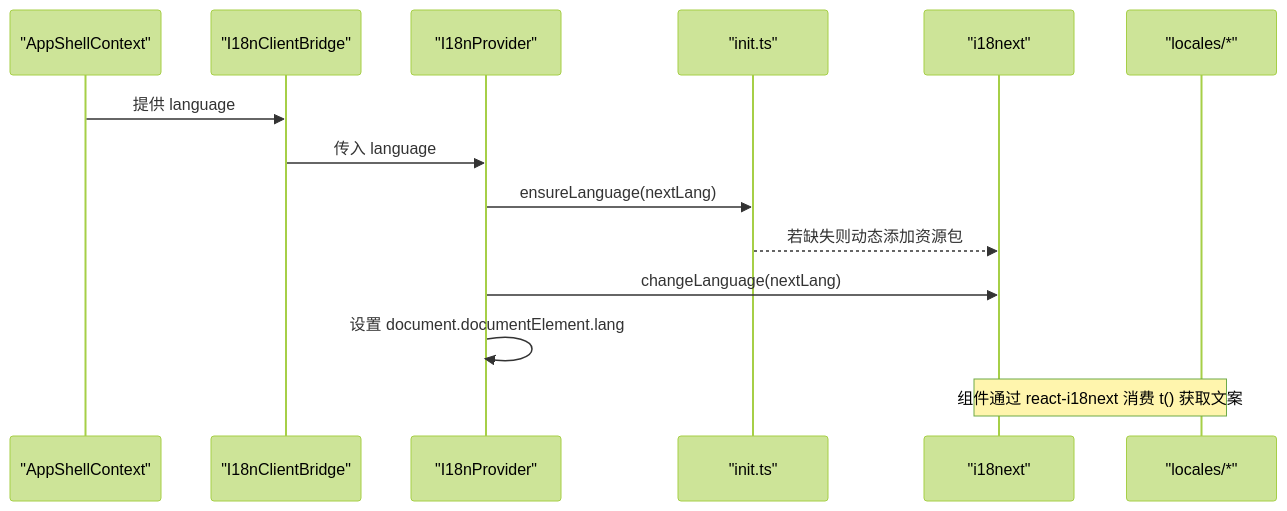
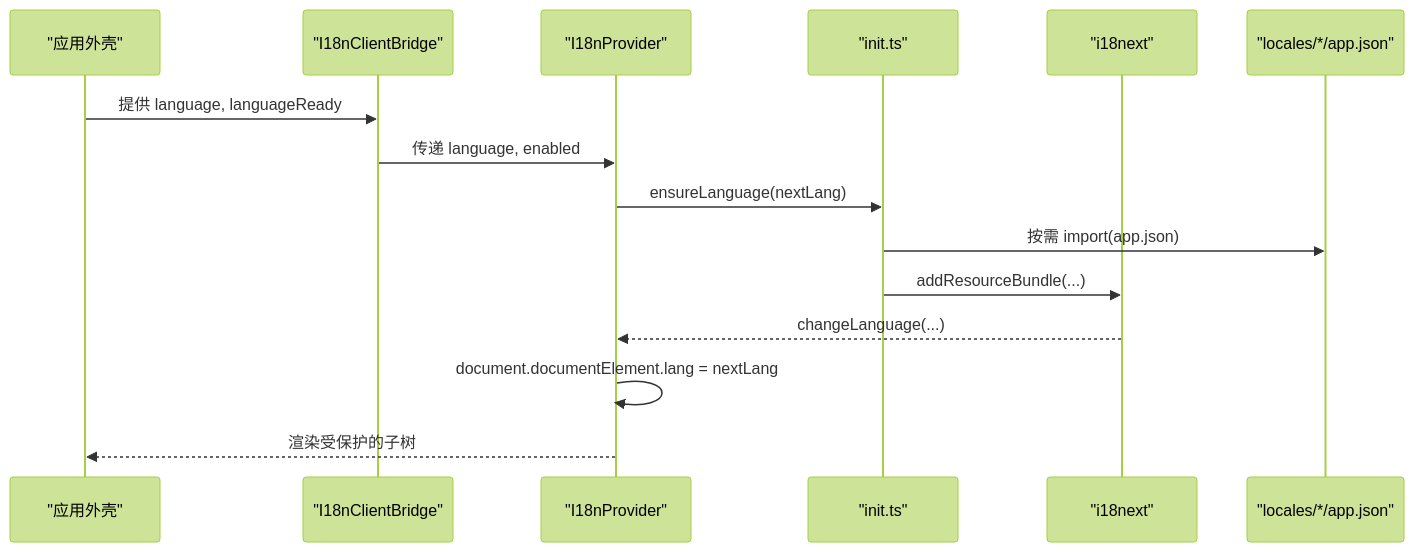
The second of 7 diagrams in .qoder/repowiki/zh/content/前端架构/国际化支持.md (gongzili456/DeepTutor), drawn with Mermaid (forest theme) before and after one commit. The commit also changed other lines of this file and 1242 other files, not shown here.

````diff
--- a/.qoder/repowiki/zh/content/前端架构/国际化支持.md
+++ b/.qoder/repowiki/zh/content/前端架构/国际化支持.md
@@ -83,16 +93,17 @@
 ```mermaid
 sequenceDiagram
-participant Shell as "AppShellContext"
+participant Shell as "应用外壳"
 participant Bridge as "I18nClientBridge"
 participant Provider as "I18nProvider"
 participant Init as "init.ts"
 participant I18n as "i18next"
-participant Locales as "locales/*"
-Shell->>Bridge : 提供 language
-Bridge->>Provider : 传入 language
+participant Locales as "locales/*/app.json"
+Shell->>Bridge : 提供 language, languageReady
+Bridge->>Provider : 传递 language, enabled
 Provider->>Init : ensureLanguage(nextLang)
-Init-->>I18n : 若缺失则动态添加资源包
-Provider->>I18n : changeLanguage(nextLang)
-Provider->>Provider : 设置 document.documentElement.lang
-Note over I18n,Locales : 组件通过 react-i18next 消费 t() 获取文案
+Init->>Locales : 按需 import(app.json)
+Init->>I18n : addResourceBundle(...)
+I18n-->>Provider : changeLanguage(...)
+Provider->>Provider : document.documentElement.lang = nextLang
+Provider-->>Shell : 渲染受保护的子树
 ```
````
